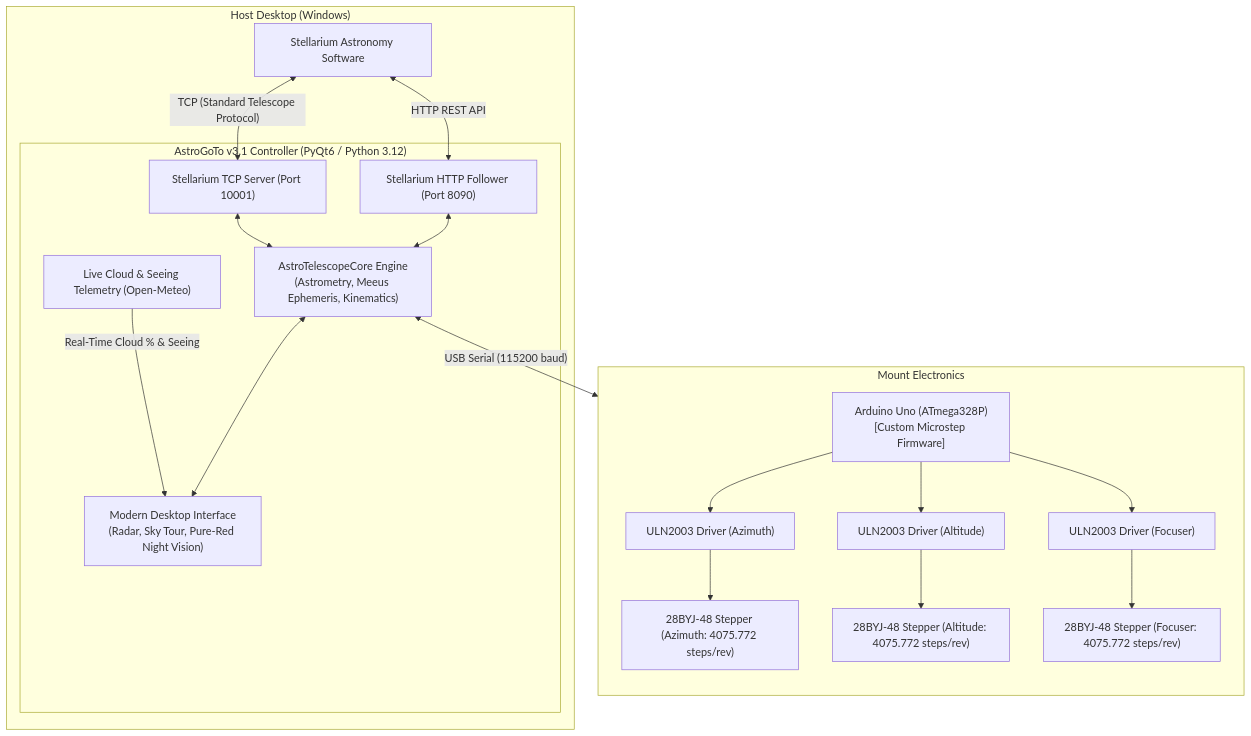
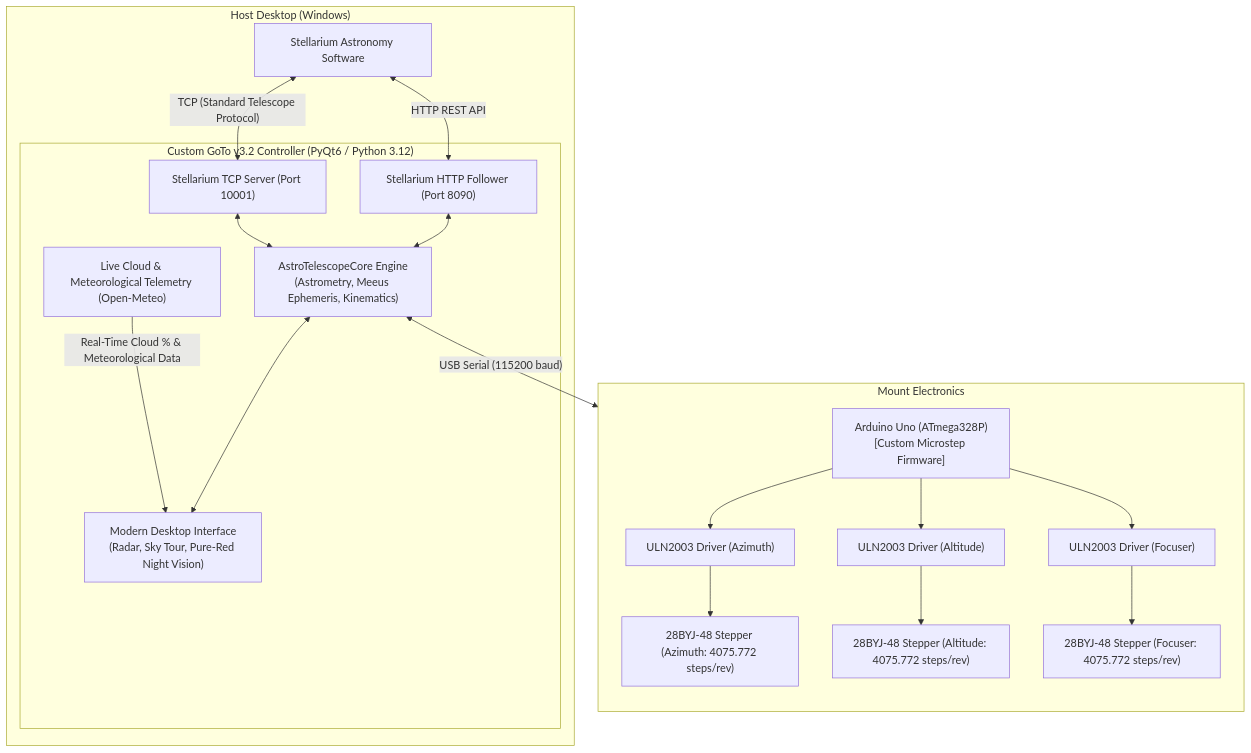
Before and after one commit to Hitesh070/Custom-GoTo-Telescope: the diagram in README.md, drawn with Mermaid. The commit also changed other lines of this file and 1 other file, not shown here.

Commit message:
v3.2: Rename to Custom GoTo, true pure-red night vision, high-speed 20Hz mount telemetry, streamlined weather row, and connection pill styling

````diff
--- a/README.md
+++ b/README.md
@@ -9,35 +9,35 @@
 ```mermaid
 flowchart TD
     subgraph PC["Host Desktop (Windows)"]
         S["Stellarium Astronomy Software"]
-        subgraph BridgeApp["AstroGoTo v3.1 Controller (PyQt6 / Python 3.12)"]
+        subgraph BridgeApp["Custom GoTo v3.2 Controller (PyQt6 / Python 3.12)"]
             ST_SRV["Stellarium TCP Server (Port 10001)"]
             HTTP_CLI["Stellarium HTTP Follower (Port 8090)"]
-            WX_SVC["Live Cloud & Seeing Telemetry (Open-Meteo)"]
+            WX_SVC["Live Cloud & Meteorological Telemetry (Open-Meteo)"]
             CORE["AstroTelescopeCore Engine\n(Astrometry, Meeus Ephemeris, Kinematics)"]
             GUI["Modern Desktop Interface\n(Radar, Sky Tour, Pure-Red Night Vision)"]
         end
     end
 
     subgraph Hardware["Mount Electronics"]
         direction TB
         UNO["Arduino Uno (ATmega328P)\n[Custom Microstep Firmware]"]
         ULN_AZ["ULN2003 Driver (Azimuth)"]
         ULN_ALT["ULN2003 Driver (Altitude)"]
         ULN_FOC["ULN2003 Driver (Focuser)"]
         M_AZ["28BYJ-48 Stepper (Azimuth: 4075.772 steps/rev)"]
         M_ALT["28BYJ-48 Stepper (Altitude: 4075.772 steps/rev)"]
         M_FOC["28BYJ-48 Stepper (Focuser: 4075.772 steps/rev)"]
     end
 
     S <-->|"TCP (Standard Telescope Protocol)"| ST_SRV
     S <-->|"HTTP REST API"| HTTP_CLI
-    WX_SVC -->|"Real-Time Cloud % & Seeing"| GUI
+    WX_SVC -->|"Real-Time Cloud % & Meteorological Data"| GUI
     ST_SRV <--> CORE
     HTTP_CLI <--> CORE
     CORE <--> GUI
     CORE <-->|"USB Serial (115200 baud)"| UNO
     UNO --> ULN_AZ --> M_AZ
     UNO --> ULN_ALT --> M_ALT
     UNO --> ULN_FOC --> M_FOC
 ```
````
